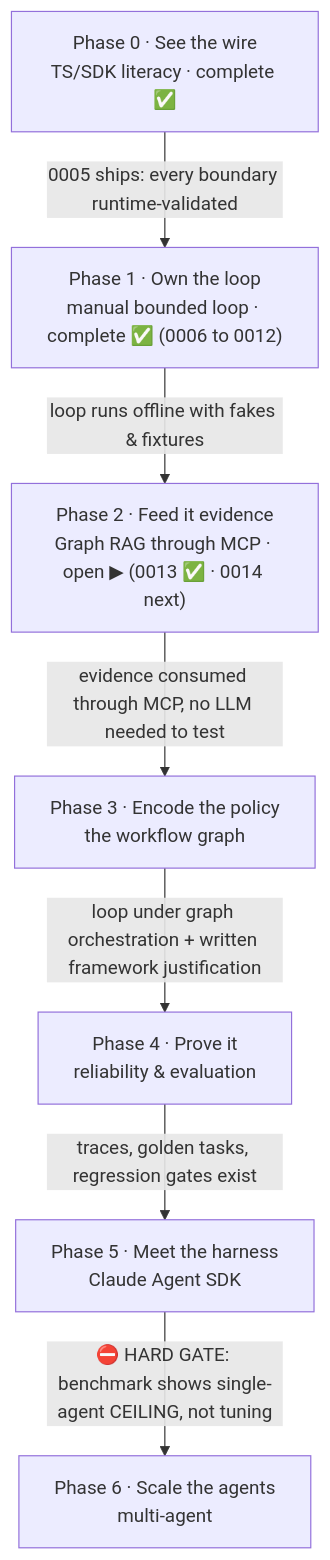
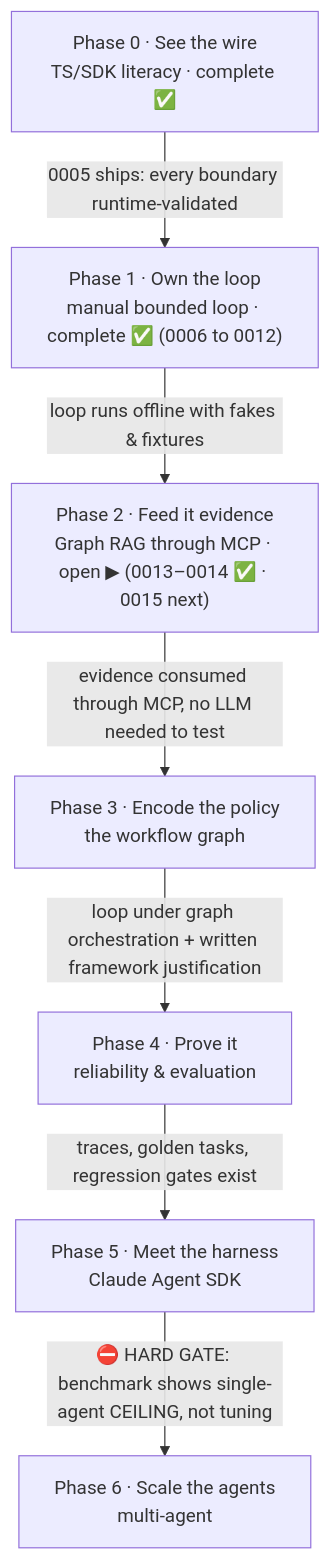
Before and after one commit to JozsefKiss90/TS: the first of 5 diagrams in wiki/course/course-module-graph.md, drawn with Mermaid. The commit also changed other lines of this file and 24 other files, not shown here.

First line of the commit message:
Ship lesson 0014 - Evidence With Provenance; lab 10-graph-evidence

````diff
--- a/wiki/course/course-module-graph.md
+++ b/wiki/course/course-module-graph.md
@@ -17,16 +17,16 @@
 ```mermaid
 flowchart TD
     P0["Phase 0 · See the wire<br/>TS/SDK literacy · complete ✅"]
     P1["Phase 1 · Own the loop<br/>manual bounded loop · complete ✅ (0006 to 0012)"]
-    P2["Phase 2 · Feed it evidence<br/>Graph RAG through MCP · open ▶ (0013 ✅ · 0014 next)"]
+    P2["Phase 2 · Feed it evidence<br/>Graph RAG through MCP · open ▶ (0013–0014 ✅ · 0015 next)"]
     P3["Phase 3 · Encode the policy<br/>the workflow graph"]
     P4["Phase 4 · Prove it<br/>reliability & evaluation"]
     P5["Phase 5 · Meet the harness<br/>Claude Agent SDK"]
     P6["Phase 6 · Scale the agents<br/>multi-agent"]
     P0 -->|"0005 ships: every boundary runtime-validated"| P1
     P1 -->|"loop runs offline with fakes & fixtures"| P2
     P2 -->|"evidence consumed through MCP, no LLM needed to test"| P3
     P3 -->|"loop under graph orchestration + written framework justification"| P4
     P4 -->|"traces, golden tasks, regression gates exist"| P5
     P5 -->|"⛔ HARD GATE: benchmark shows single-agent CEILING, not tuning"| P6
 ```
````
